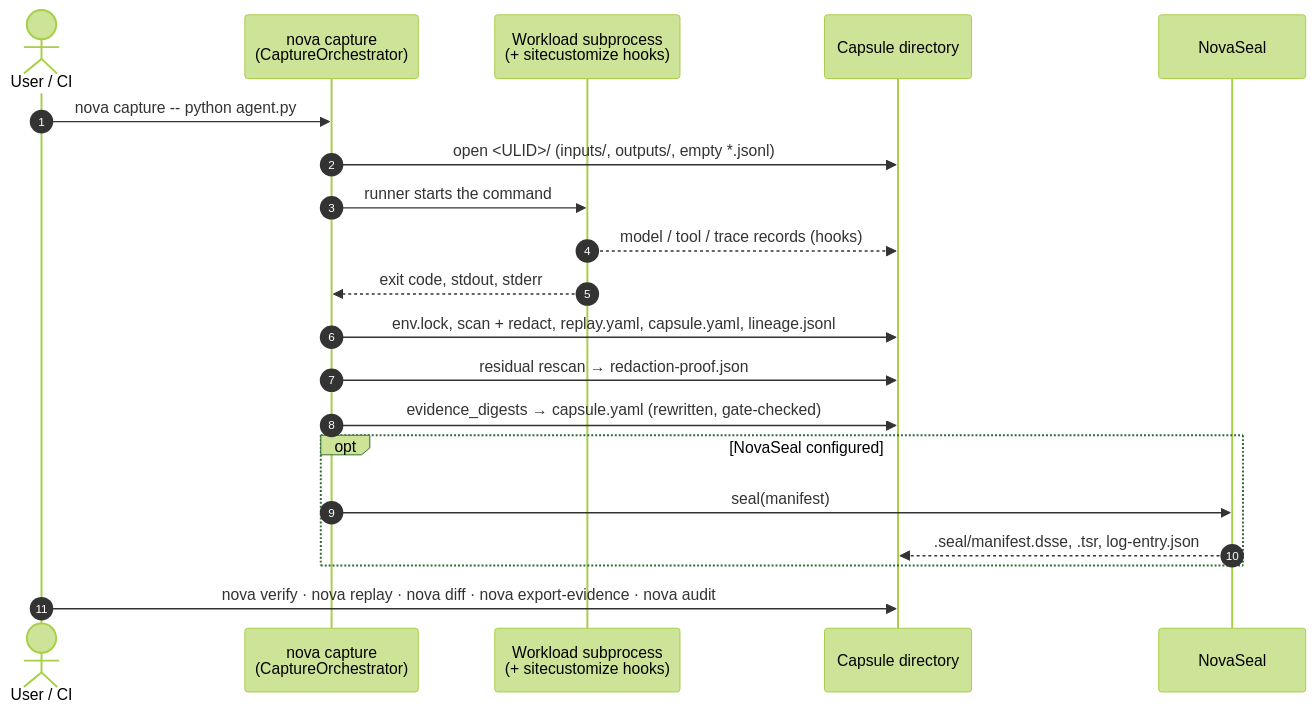
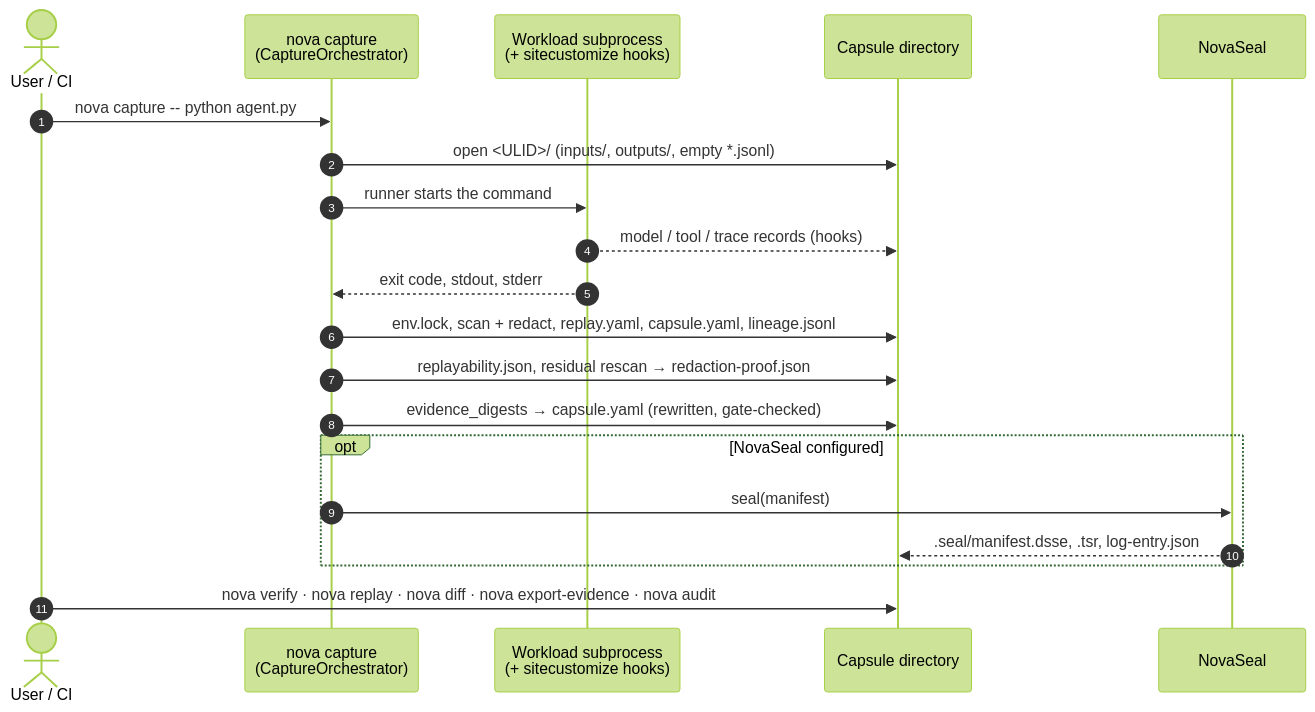
One commit to MSKazemi/novafabric changed the first of 2 diagrams in docs/architecture/pipeline.md. Above: the diagram before and after it, drawn with Mermaid (forest theme). The commit also changed other lines of this file and 14 other files, not shown here.

Commit message:
docs(architecture): verify the architecture pages against the code (#363)

````diff
--- a/docs/architecture/pipeline.md
+++ b/docs/architecture/pipeline.md
@@ -12,22 +14,22 @@
 ```mermaid
 sequenceDiagram
     autonumber
     actor U as User / CI
     participant C as nova capture<br/>(CaptureOrchestrator)
     participant W as Workload subprocess<br/>(+ sitecustomize hooks)
     participant D as Capsule directory
     participant S as NovaSeal
     U->>C: nova capture -- python agent.py
     C->>D: open <ULID>/ (inputs/, outputs/, empty *.jsonl)
     C->>W: runner starts the command
     W-->>D: model / tool / trace records (hooks)
     W-->>C: exit code, stdout, stderr
     C->>D: env.lock, scan + redact, replay.yaml, capsule.yaml, lineage.jsonl
-    C->>D: residual rescan → redaction-proof.json
+    C->>D: replayability.json, residual rescan → redaction-proof.json
     C->>D: evidence_digests → capsule.yaml (rewritten, gate-checked)
     opt NovaSeal configured
         C->>S: seal(manifest)
         S-->>D: .seal/manifest.dsse, .tsr, log-entry.json
     end
     U->>D: nova verify · nova replay · nova diff · nova export-evidence · nova audit
 ```
````
